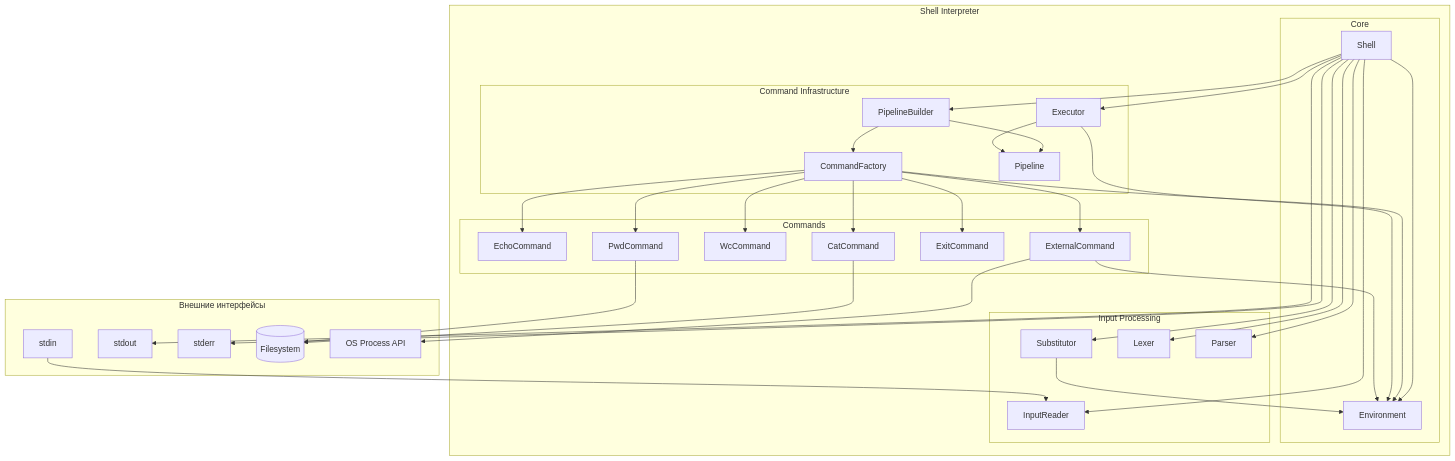
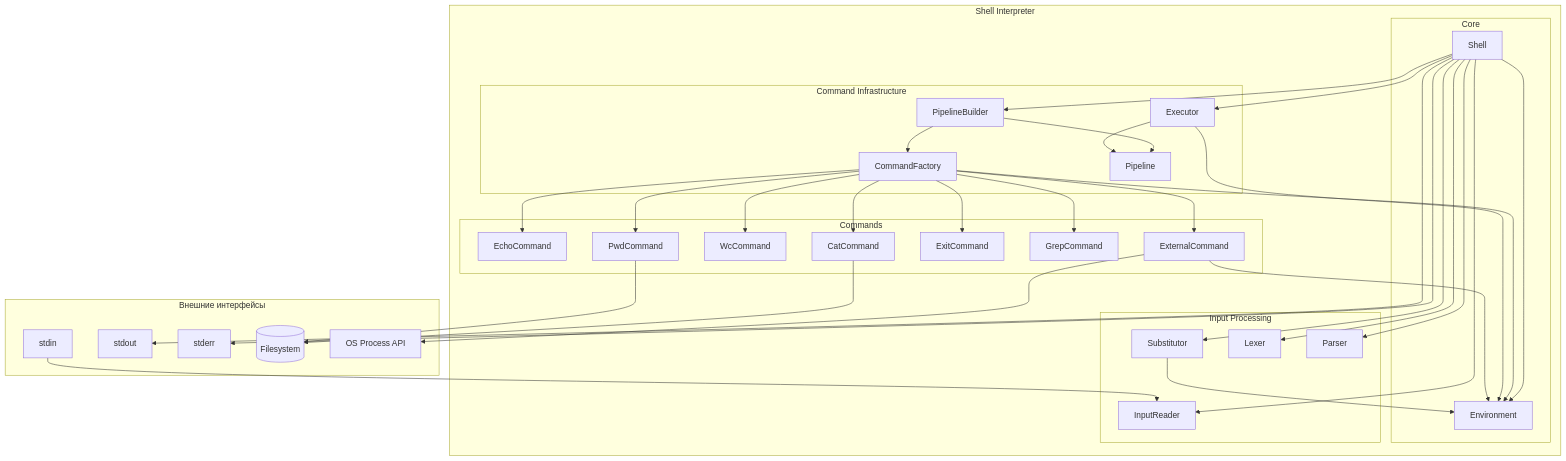
Before and after one commit to yv0vaa/SE-2026: the third of 4 diagrams in docs/ARCHITECTURE.md, drawn with Mermaid. The commit also changed other lines of this file and 8 other files, not shown here.

Commit message:
feat: add grep command

````diff
--- a/docs/ARCHITECTURE.md
+++ b/docs/ARCHITECTURE.md
@@ -1076,72 +1115,74 @@
 ```mermaid
 flowchart TB
     subgraph External["Внешние интерфейсы"]
         STDIN[stdin]
         STDOUT[stdout]
         STDERR[stderr]
         FS[(Filesystem)]
         OS[OS Process API]
     end
     
     subgraph ShellInterpreter["Shell Interpreter"]
         subgraph Core["Core"]
             Shell[Shell]
             ENV[Environment]
         end
         
         subgraph InputProcessing["Input Processing"]
             IR[InputReader]
             SUB[Substitutor]
             LEX[Lexer]
             PAR[Parser]
         end
         
         subgraph CommandInfra["Command Infrastructure"]
             CF[CommandFactory]
             PL[Pipeline]
             PB[PipelineBuilder]
             EX[Executor]
         end
         
         subgraph Commands["Commands"]
             ECHO[EchoCommand]
             CAT[CatCommand]
             WC[WcCommand]
             PWD[PwdCommand]
             EXIT[ExitCommand]
+            GREP[GrepCommand]
             EXT[ExternalCommand]
         end
     end
     
     STDIN --> IR
     Shell --> STDOUT
     Shell --> STDERR
     
     Shell --> IR
     Shell --> SUB
     Shell --> LEX
     Shell --> PAR
     Shell --> PB
     Shell --> EX
     Shell --> ENV
     
     SUB --> ENV
     PB --> CF
     CF --> ENV
     
     CF --> ECHO
     CF --> CAT
     CF --> WC
     CF --> PWD
     CF --> EXIT
+    CF --> GREP
     CF --> EXT
     
     PB --> PL
     EX --> PL
     EX --> ENV
     
     CAT --> FS
     EXT --> OS
     EXT --> ENV
     PWD --> FS
 ```
````
